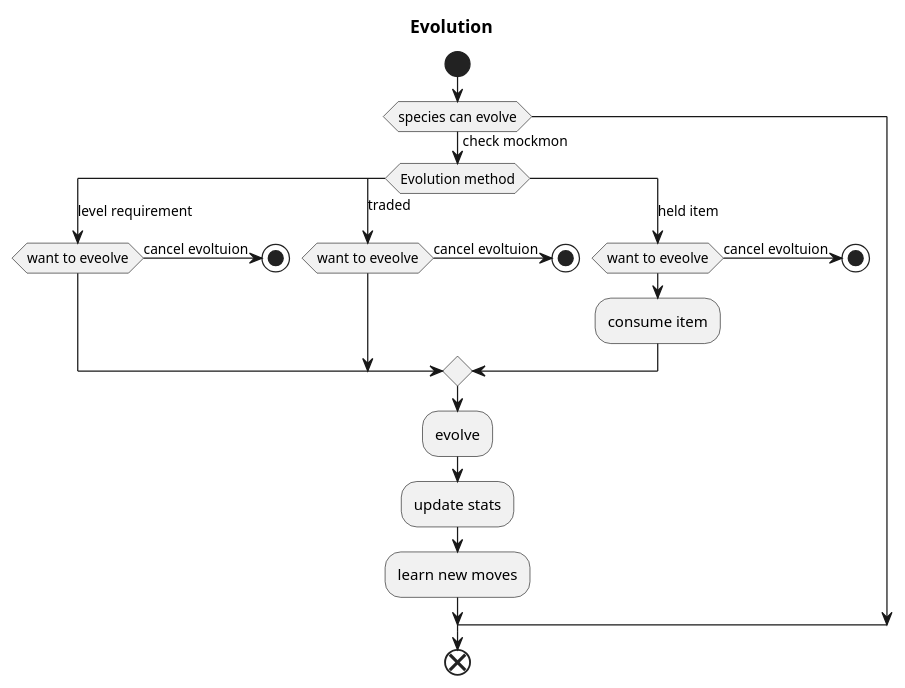
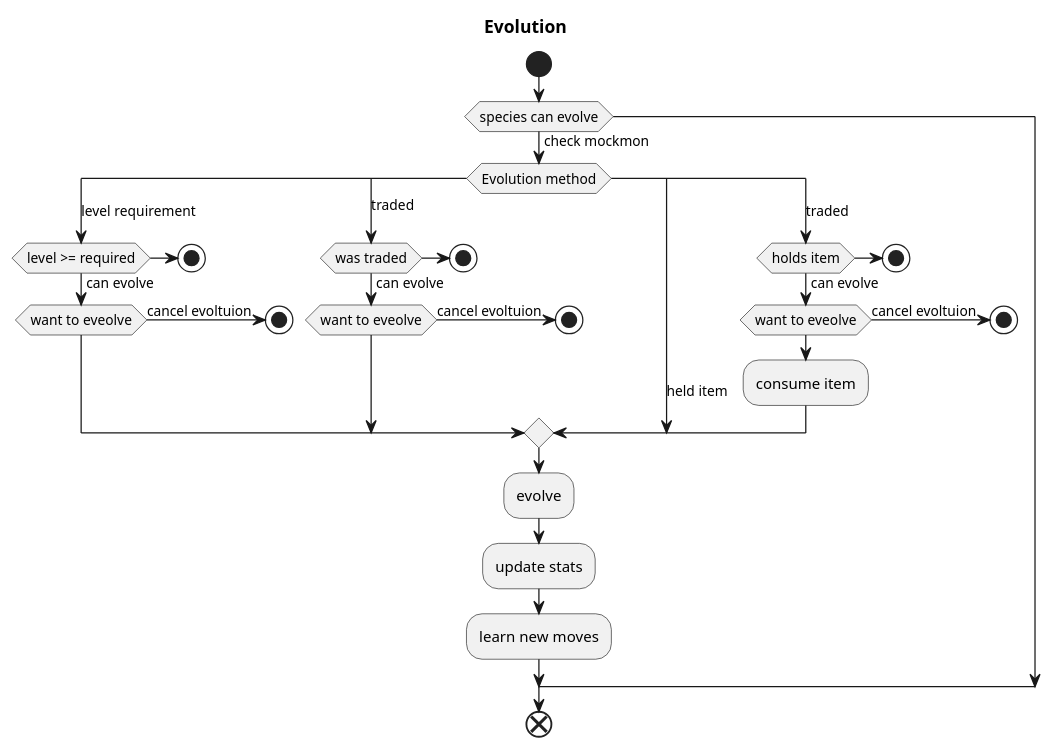
The diagram in mockmon/resouces/uml/evolution.puml (BenjaminShinar/FlexingMyCode), drawn with PlantUML before and after one commit. The commit also changed 8 other files, not shown here.

```diff
--- a/mockmon/resouces/uml/evolution.puml
+++ b/mockmon/resouces/uml/evolution.puml
@@ -2,31 +2,44 @@
 @startuml evolution
 skinparam ConditionEndStyle hline
 skinparam conditionStyle Inside
 title Evolution
 start 
 
 if (species can evolve) then (check mockmon)
 switch (Evolution method)
 case (level requirement)
+if (level >= required) then (can evolve)
 if (want to eveolve)
 else (cancel evoltuion)
 stop
 endif
+else ()
+stop
+endif
 case (traded)
+if (was traded) then (can evolve)
 if (want to eveolve)
 else (cancel evoltuion)
 stop
 endif
+else ()
+stop
+endif
 case (held item)
+case (traded)
+if (holds item) then (can evolve)
 if (want to eveolve)
 :consume item;
 else (cancel evoltuion)
+stop
+endif
+else ()
 stop
 endif
 endswitch
 :evolve;
 :update stats;
 :learn new moves;
 endif
 end 
 @enduml
```
